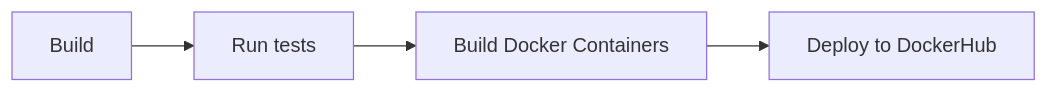
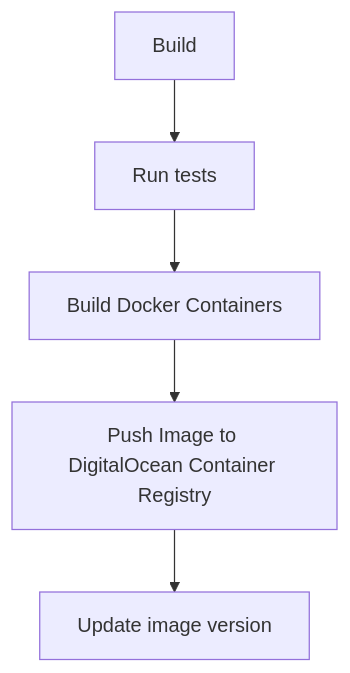
Before and after one commit to feats-mtech/frontend: the first of 2 diagrams in README.md, drawn with Mermaid. The commit also changed other lines of this file, not shown here.

Commit message:
chore: update readme with latest ci pipeline

````diff
--- a/README.md
+++ b/README.md
@@ -81,4 +81,7 @@
 ```mermaid
-flowchart LR
-    A[Build] --> B[Run tests] --> C[Build Docker Containers] --> D[Deploy to DockerHub]
+flowchart TB
+    A[Build] --> B[Run tests]
+    B --> C[Build Docker Containers]
+    C --> D[Push Image to DigitalOcean Container Registry]
+    D --> E[Update image version]
 ```
````
